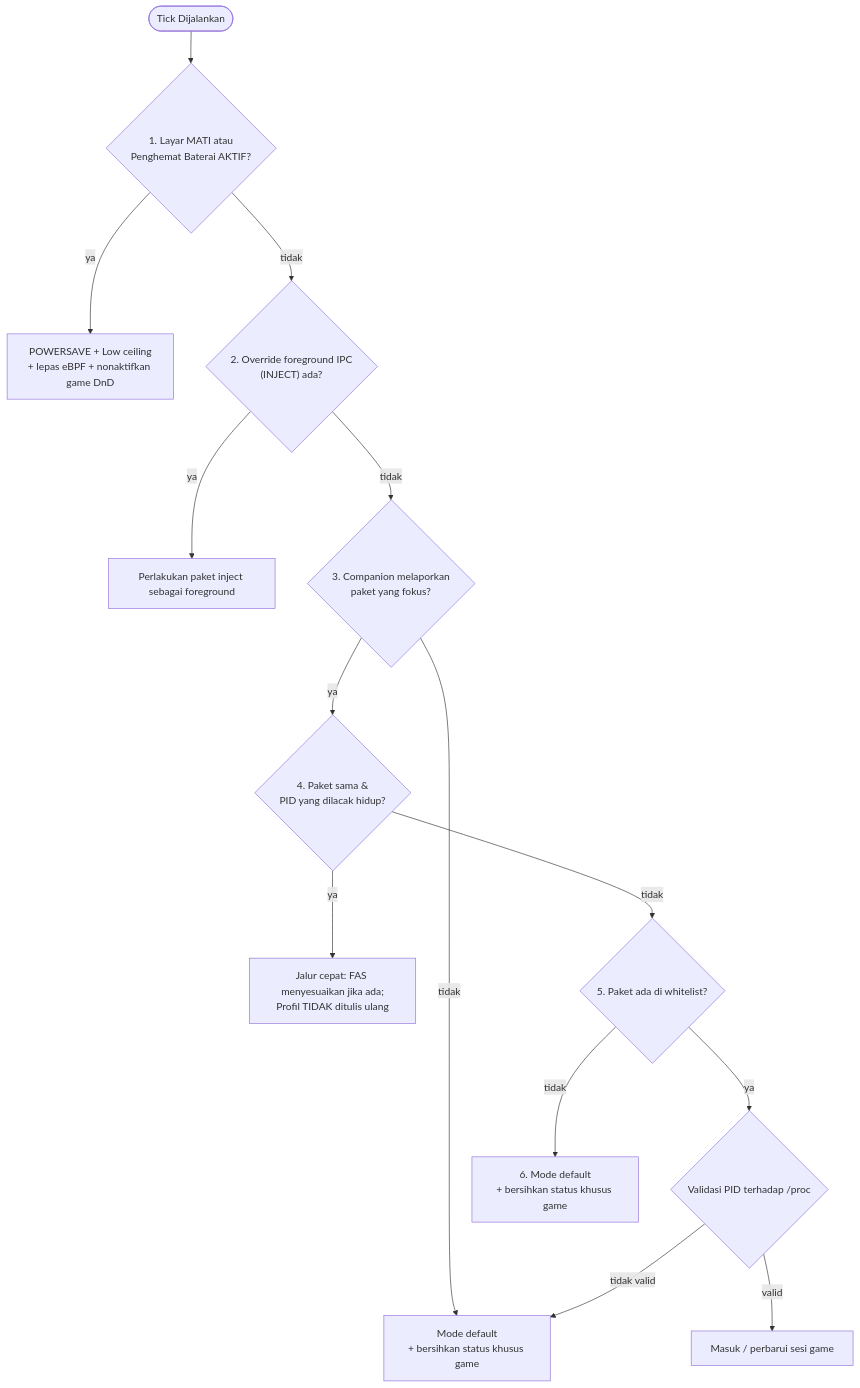
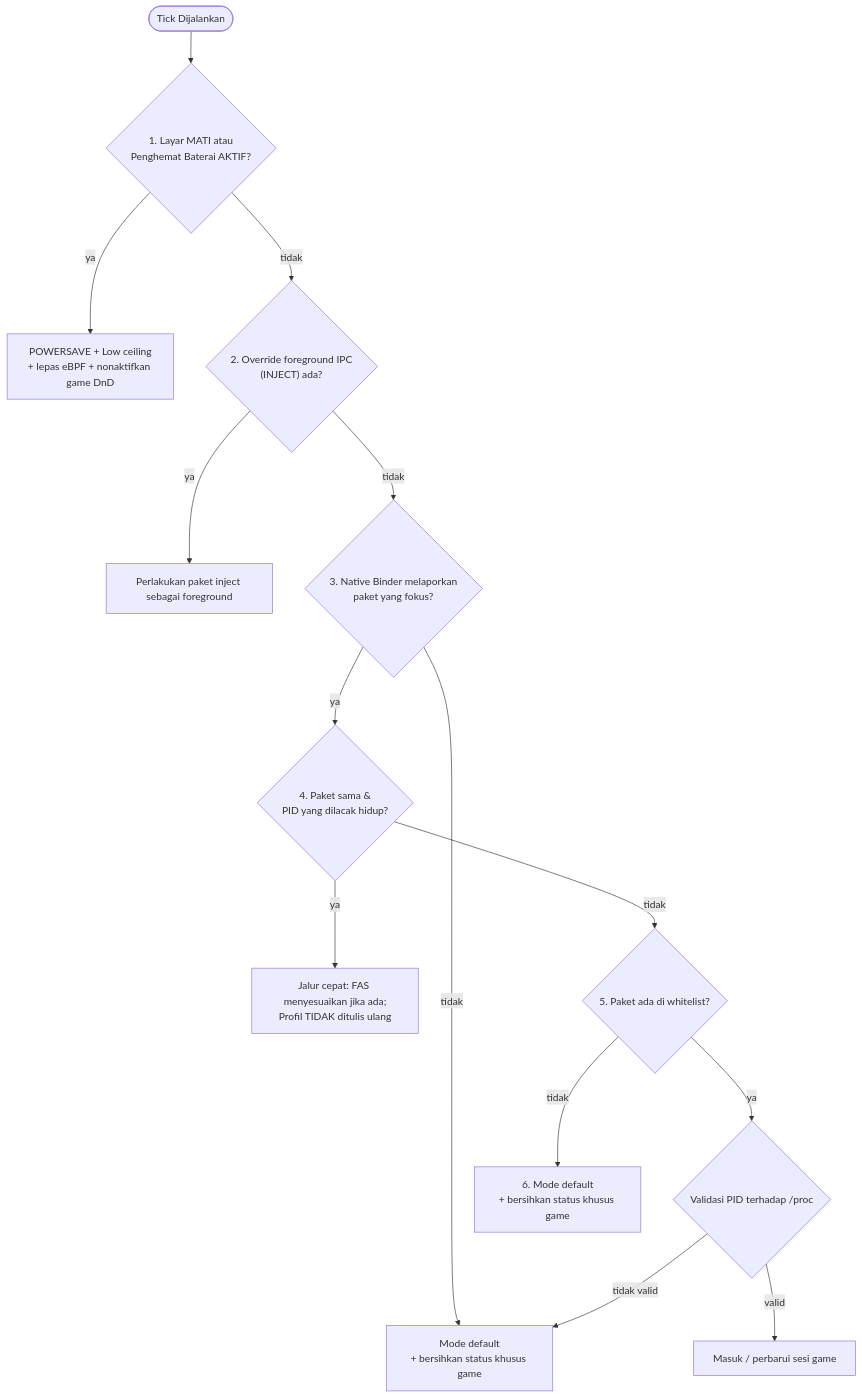
Before and after one commit to pavelc4/auriya-wiki: the diagram in src/content/docs/id/internals/profile-scheduler.md, drawn with Mermaid. The commit also changed other lines of this file and 23 other files, not shown here.

````diff
--- a/src/content/docs/id/internals/profile-scheduler.md
+++ b/src/content/docs/id/internals/profile-scheduler.md
@@ -14,21 +17,21 @@
 ```mermaid
 flowchart TD
     tick([Tick Dijalankan]) --> branch1{"1. Layar MATI atau<br/>Penghemat Baterai AKTIF?"}
     branch1 -->|ya| act1["POWERSAVE + Low ceiling<br/>+ lepas eBPF + nonaktifkan game DnD"]
     branch1 -->|tidak| branch2{"2. Override foreground IPC<br/>(INJECT) ada?"}
 
     branch2 -->|ya| act2["Perlakukan paket inject sebagai foreground"]
-    branch2 -->|tidak| branch3{"3. Companion melaporkan<br/>paket yang fokus?"}
+    branch2 -->|tidak| branch3{"3. Native Binder melaporkan<br/>paket yang fokus?"}
 
     branch3 -->|tidak| act3["Mode default<br/>+ bersihkan status khusus game"]
     branch3 -->|ya| branch4{"4. Paket sama &<br/>PID yang dilacak hidup?"}
 
     branch4 -->|ya| act4["Jalur cepat: FAS menyesuaikan jika ada;<br/>Profil TIDAK ditulis ulang"]
     branch4 -->|tidak| branch5{"5. Paket ada di whitelist?"}
 
     branch5 -->|ya| val_pid{"Validasi PID terhadap /proc"}
     val_pid -->|valid| act5["Masuk / perbarui sesi game"]
     val_pid -->|tidak valid| act3
 
     branch5 -->|tidak| act6["6. Mode default<br/>+ bersihkan status khusus game"]
 ```
````
